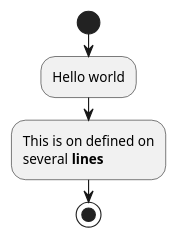
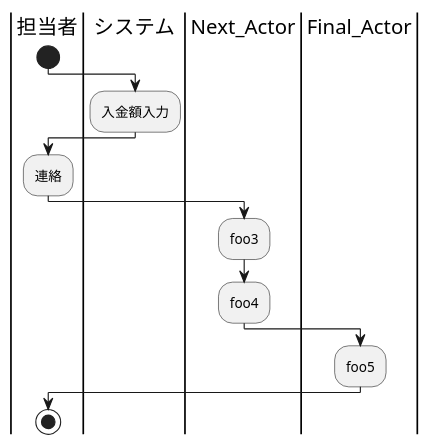
The first of 3 diagrams in ドキュメント生産性向上のために.md (mako65jp/documents), drawn with PlantUML before and after one commit. The commit also changed other lines of this file and 2 other files, not shown here.

````diff
--- a/ドキュメント生産性向上のために.md
+++ b/ドキュメント生産性向上のために.md
@@ -195,9 +259,17 @@
 ```plantuml
 @startuml
+|担当者|
 start
-:Hello world;
-:This is on defined on
-several **lines**;
-stop
+|システム|
+:入金額入力;
+|担当者|
+:連絡;
+|Next_Actor|
+:foo3;
+:foo4;
+|Final_Actor|
+:foo5;
+|担当者|
+stop;
 @enduml
 ```
````
